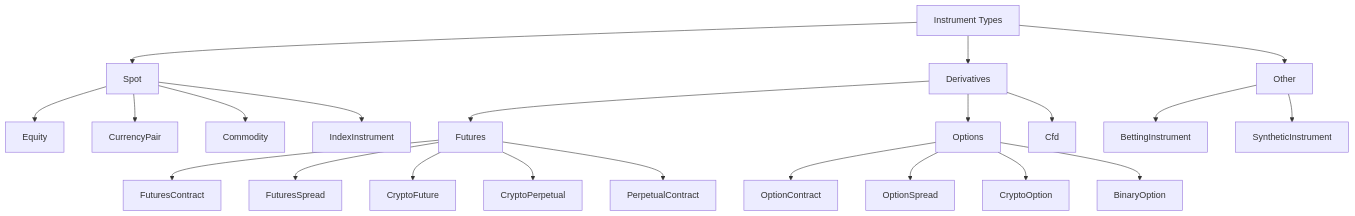
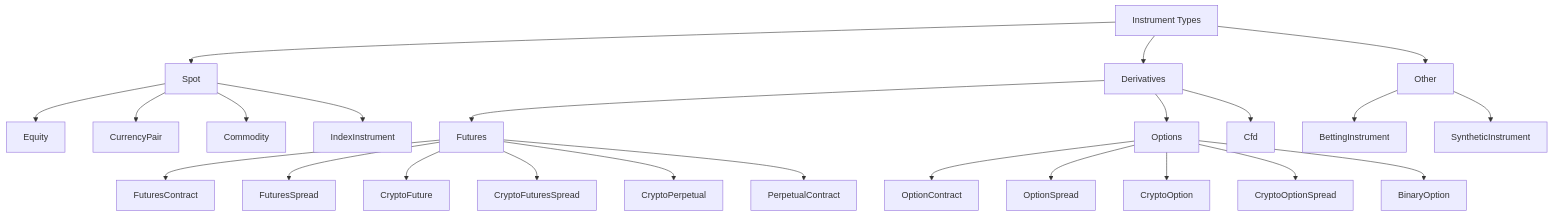
The first of 2 diagrams in docs/concepts/data.md (nautechsystems/nautilus_trader), drawn with Mermaid before and after one commit. The commit also changed other lines of this file and 46 other files, not shown here.

First line of the commit message:
Add CryptoFuturesSpread and CryptoOptionSpread instruments

````diff
--- a/docs/concepts/data.md
+++ b/docs/concepts/data.md
@@ -67,30 +67,32 @@
 ```mermaid
 flowchart TD
     I[Instrument Types]
     I --> Spot
     I --> Derivatives
     I --> Other
 
     Spot --> Equity
     Spot --> CurrencyPair
     Spot --> Commodity
     Spot --> IndexInstrument
 
     Derivatives --> Futures
     Derivatives --> Options
     Derivatives --> Cfd
 
     Futures --> FuturesContract
     Futures --> FuturesSpread
     Futures --> CryptoFuture
+    Futures --> CryptoFuturesSpread
     Futures --> CryptoPerpetual
     Futures --> PerpetualContract
 
     Options --> OptionContract
     Options --> OptionSpread
     Options --> CryptoOption
+    Options --> CryptoOptionSpread
     Options --> BinaryOption
 
     Other --> BettingInstrument
     Other --> SyntheticInstrument
 ```
````
